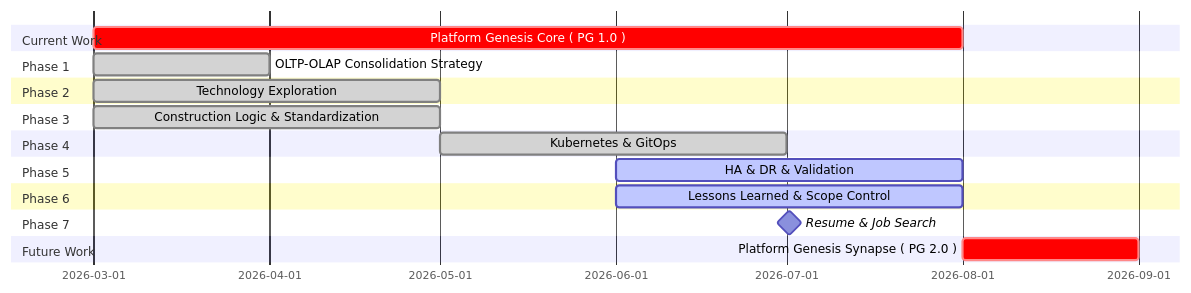
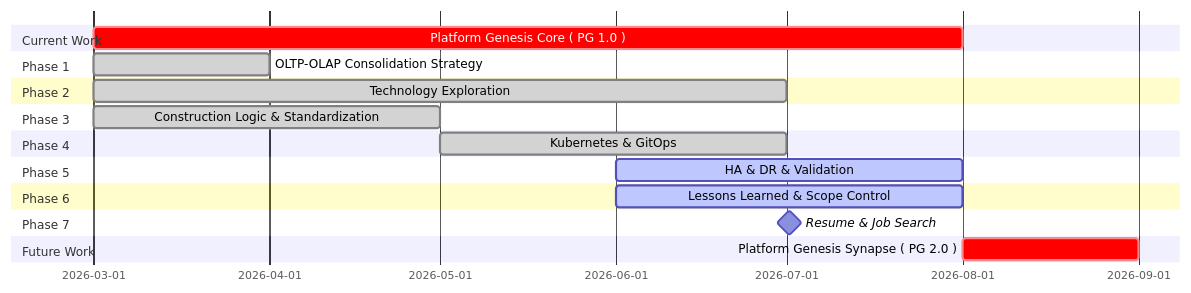
Before and after one commit to Junwu0615/PG-Core: the diagram in README.md, drawn with Mermaid.

Commit message:
update somethings

````diff
--- a/README.md
+++ b/README.md
@@ -872,31 +872,31 @@
 ```mermaid
 gantt
     dateFormat YYYY-MM
 
     section Current Work
     Platform Genesis Core ( PG 1.0 )            :crit, a0, 2026-03, 5M
     
     section Phase 1
     OLTP-OLAP Consolidation Strategy            :done, a1, 2026-03, 1M
 
     section Phase 2
-    Technology Exploration                      :done, a2, 2026-03, 2M
+    Technology Exploration                      :done, a2, 2026-03, 4M
 
     section Phase 3
     Construction Logic & Standardization        :done, a3, 2026-03, 2M
 
     section Phase 4
     Kubernetes & GitOps                         :done, a4, 2026-05, 2M
 
     section Phase 5
     HA & DR & Validation                        :active, a5, 2026-06, 2M
 
     section Phase 6
     Lessons Learned & Scope Control             :active, a6, 2026-06, 2M
 
     section Phase 7
     Resume & Job Search                         :milestone, a7, 2026-07, 1d
 
     section Future Work
     Platform Genesis Synapse ( PG 2.0 )         :crit, a8, 2026-08, 1M
 ```
````
